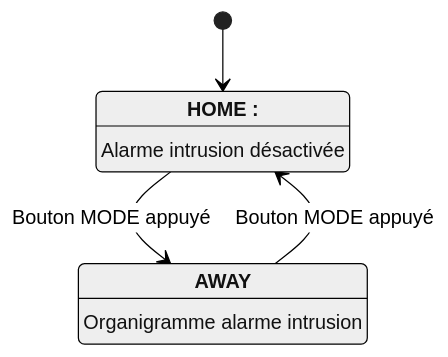
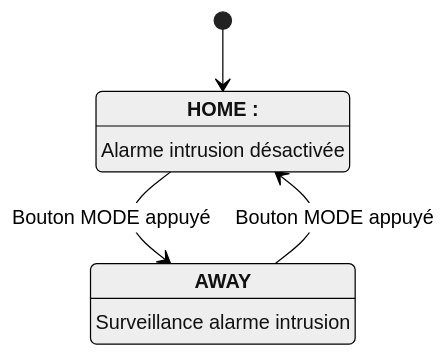
Before and after one commit to benoitdekeyn/E4SE_TD_TP: the second of 7 diagrams in architecture_numeriques_embarquees/STM32CubeIDE_v1.19.0/Rapport/Rapport.md, drawn with Mermaid (neutral theme). The commit also changed other lines of this file, not shown here.

````diff
--- a/architecture_numeriques_embarquees/STM32CubeIDE_v1.19.0/Rapport/Rapport.md
+++ b/architecture_numeriques_embarquees/STM32CubeIDE_v1.19.0/Rapport/Rapport.md
@@ -568,11 +575,11 @@
 ```mermaid
 stateDiagram
   direction TB
   [*] --> HOME
   HOME --> AWAY:Bouton MODE appuyé
   AWAY --> HOME:Bouton MODE appuyé
   HOME:<b>HOME :</b>
 HOME:Alarme intrusion désactivée<br>
   AWAY:<b>AWAY</b>
-AWAY:Organigramme alarme intrusion<br>
+AWAY:Surveillance alarme intrusion<br>
 ```
````
